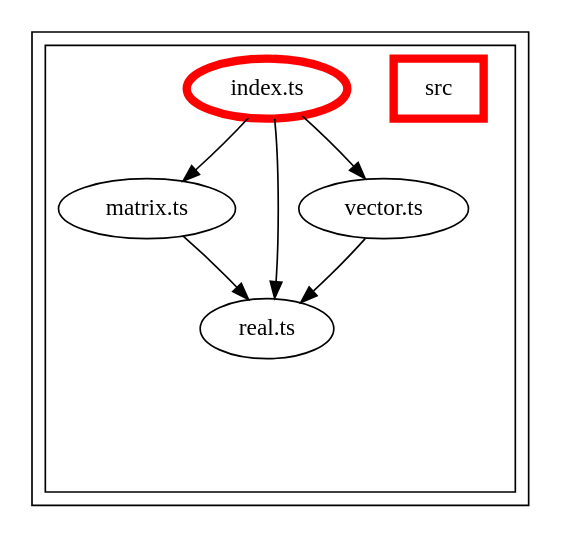
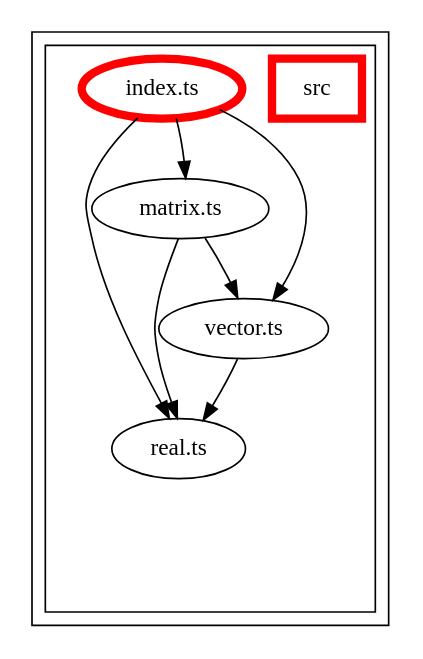
One commit to Siteimprove/alfa changed the diagram in packages/alfa-math/docs/dependency-graph.dot. Above: the diagram before and after it, drawn with Graphviz. The commit also changed 11 other files, not shown here.

Commit message:
Generate package dependency graphs in individual process

```diff
--- a/packages/alfa-math/docs/dependency-graph.dot
+++ b/packages/alfa-math/docs/dependency-graph.dot
@@ -1,99 +1,106 @@
 digraph "dependency-graph-@siteimprove/alfa-math" {
   compound = true;
   "src/real.ts";
+  "src/vector.ts";
   "src/matrix.ts";
-  "src/vector.ts";
   subgraph "cluster_src" {
     color = "#000000";
     label = "";
     "exit_src" [
       style = "invis";
     ];
     subgraph "cluster_src" {
       color = "#000000";
       label = "";
       "name_src" [
         penwidth = 5;
         shape = "rectangle";
         color = "#ff0000";
         label = "src";
       ];
       "exit_src" [
         style = "invis";
       ];
       "src/vector.ts" [
         label = "vector.ts";
       ];
       "src/matrix.ts" [
         label = "matrix.ts";
       ];
       "src/index.ts" [
         label = "index.ts";
         color = "#ff0000";
         penwidth = 5;
       ];
       "src/real.ts" [
         label = "real.ts";
       ];
       "src/vector.ts" -> "exit_src" [
         style = "invis";
       ];
       "src/matrix.ts" -> "exit_src" [
         style = "invis";
       ];
       "src/index.ts" -> "exit_src" [
         style = "invis";
       ];
       "src/real.ts" -> "exit_src" [
         style = "invis";
       ];
     }
     "exit_src" -> "exit_src" [
       style = "invis";
     ];
     "exit_src" -> "exit_src" [
       style = "invis";
     ];
     "exit_src" -> "exit_src" [
       style = "invis";
     ];
     "exit_src" -> "exit_src" [
       style = "invis";
     ];
   }
   "src/vector.ts" -> "src/real.ts" [
     style = "invis";
   ];
   "src/vector.ts" -> "src/real.ts" [
     style = "solid";
     color = "black";
   ];
   "src/matrix.ts" -> "src/real.ts" [
     style = "invis";
   ];
   "src/matrix.ts" -> "src/real.ts" [
     style = "solid";
     color = "black";
   ];
+  "src/matrix.ts" -> "src/vector.ts" [
+    style = "invis";
+  ];
+  "src/matrix.ts" -> "src/vector.ts" [
+    style = "solid";
+    color = "black";
+  ];
   "src/index.ts" -> "src/matrix.ts" [
     style = "invis";
   ];
   "src/index.ts" -> "src/matrix.ts" [
     style = "solid";
     color = "black";
   ];
   "src/index.ts" -> "src/real.ts" [
     style = "invis";
   ];
   "src/index.ts" -> "src/real.ts" [
     style = "solid";
     color = "black";
   ];
   "src/index.ts" -> "src/vector.ts" [
     style = "invis";
   ];
   "src/index.ts" -> "src/vector.ts" [
     style = "solid";
     color = "black";
   ];
 }
```
